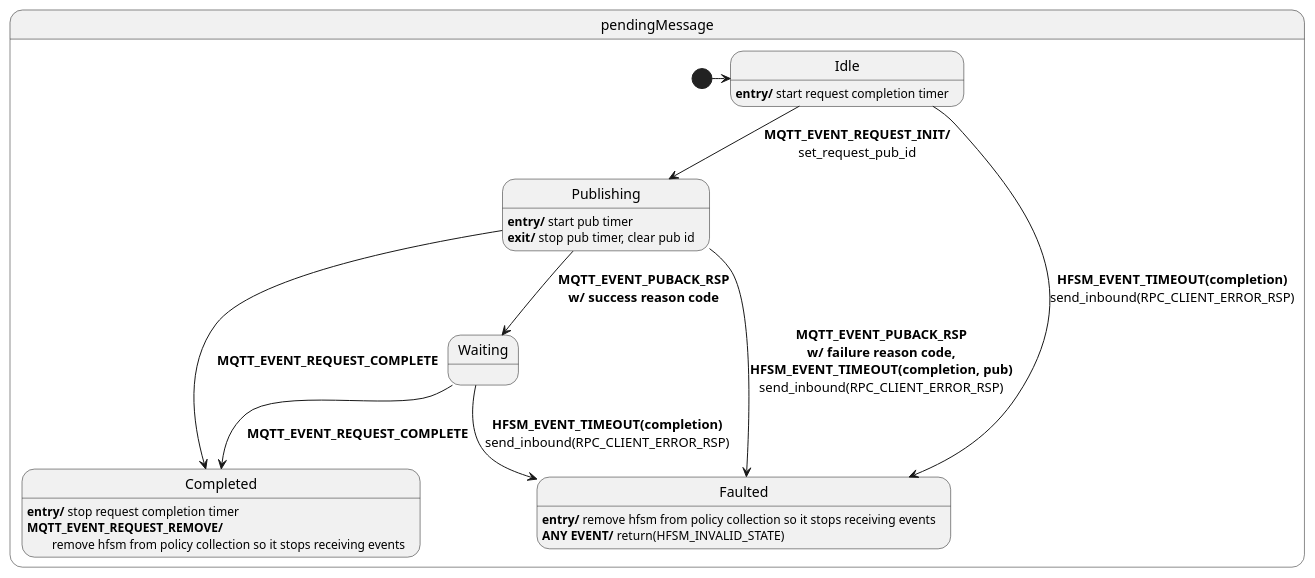
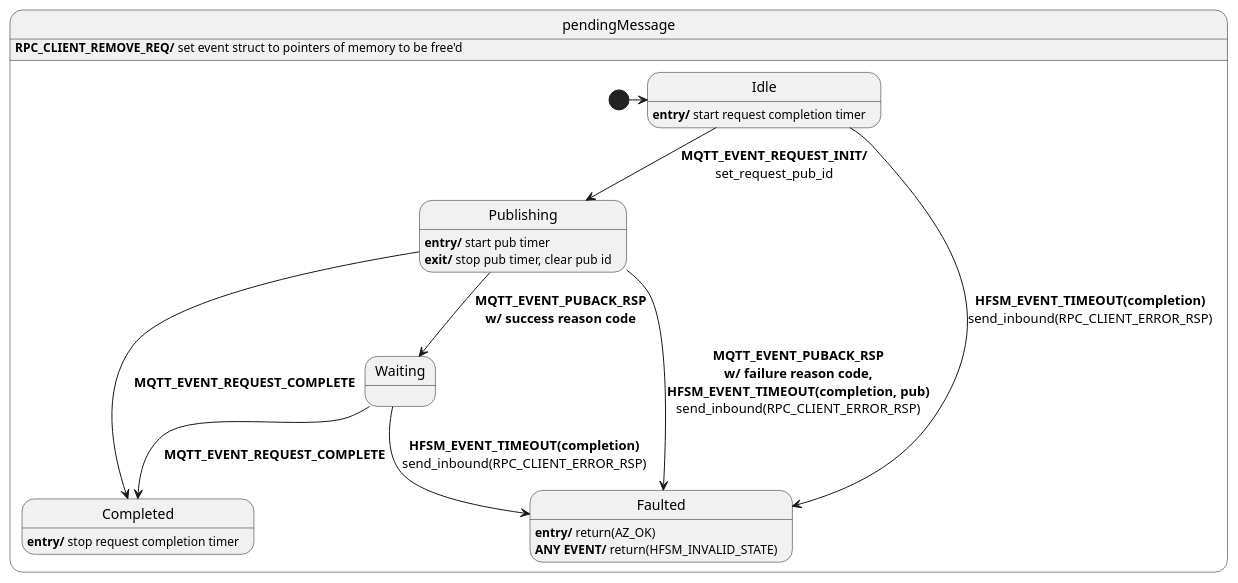
The diagram in sdk/docs/core/resources/mqtt_request.puml (Azure/azure-sdk-for-c), drawn with PlantUML before and after one commit. The commit also changed 7 other files, not shown here.

```diff
--- a/sdk/docs/core/resources/mqtt_request.puml
+++ b/sdk/docs/core/resources/mqtt_request.puml
@@ -1,36 +1,36 @@
 @startuml
 ' ignore these as handled outside of this diagram: MQTT_EVENT_CONNECT_REQ, MQTT_EVENT_CONNECT_RSP, MQTT_EVENT_DISCONNECT_REQ, MQTT_EVENT_DISCONNECT_RSP
 ' Assumptions:
 ' 0. Unknown events are forwarded (in their original direction, either inbound or outbound).
 ' 1. send_inbound, send_outbound are used to send information to the app and network respectively.
 ' 2. All events check that they are for this request or have the correct pub id before processing them.
 
 
 state pendingMessage {
   state Idle
   Idle: <b>entry/</b> start request completion timer
 
   state Publishing
   Publishing : <b>entry/</b> start pub timer
   Publishing : <b>exit/</b> stop pub timer, clear pub id
 
   state Waiting
   state Completed
   Completed : <b>entry/</b> stop request completion timer
-  Completed : <b>MQTT_EVENT_REQUEST_REMOVE/</b> \n\tremove hfsm from policy collection so it stops receiving events
   state Faulted
-  Faulted : <b>entry/</b> remove hfsm from policy collection so it stops receiving events
+  Faulted : <b>entry/</b> return(AZ_OK)
   Faulted : <b>ANY EVENT/</b> return(HFSM_INVALID_STATE)
 
   [*] -> Idle
   Idle --> Publishing : <b>MQTT_EVENT_REQUEST_INIT/</b>\nset_request_pub_id
   Publishing --> Waiting : <b>MQTT_EVENT_PUBACK_RSP</b>\n<b>w/ success reason code</b>
   Publishing --> Completed : <b>MQTT_EVENT_REQUEST_COMPLETE</b>
   Publishing --> Faulted : <b>MQTT_EVENT_PUBACK_RSP</b>\n<b>w/ failure reason code,</b>\n<b>HFSM_EVENT_TIMEOUT(completion, pub)</b>\nsend_inbound(RPC_CLIENT_ERROR_RSP)
   Waiting --> Completed : <b>MQTT_EVENT_REQUEST_COMPLETE</b>
   Waiting --> Faulted : <b>HFSM_EVENT_TIMEOUT(completion)</b>\nsend_inbound(RPC_CLIENT_ERROR_RSP)
   Idle --> Faulted : <b>HFSM_EVENT_TIMEOUT(completion)</b>\nsend_inbound(RPC_CLIENT_ERROR_RSP)
 
 }
+pendingMessage : <b>RPC_CLIENT_REMOVE_REQ/</b> set event struct to pointers of memory to be free'd
 
 @enduml
```
